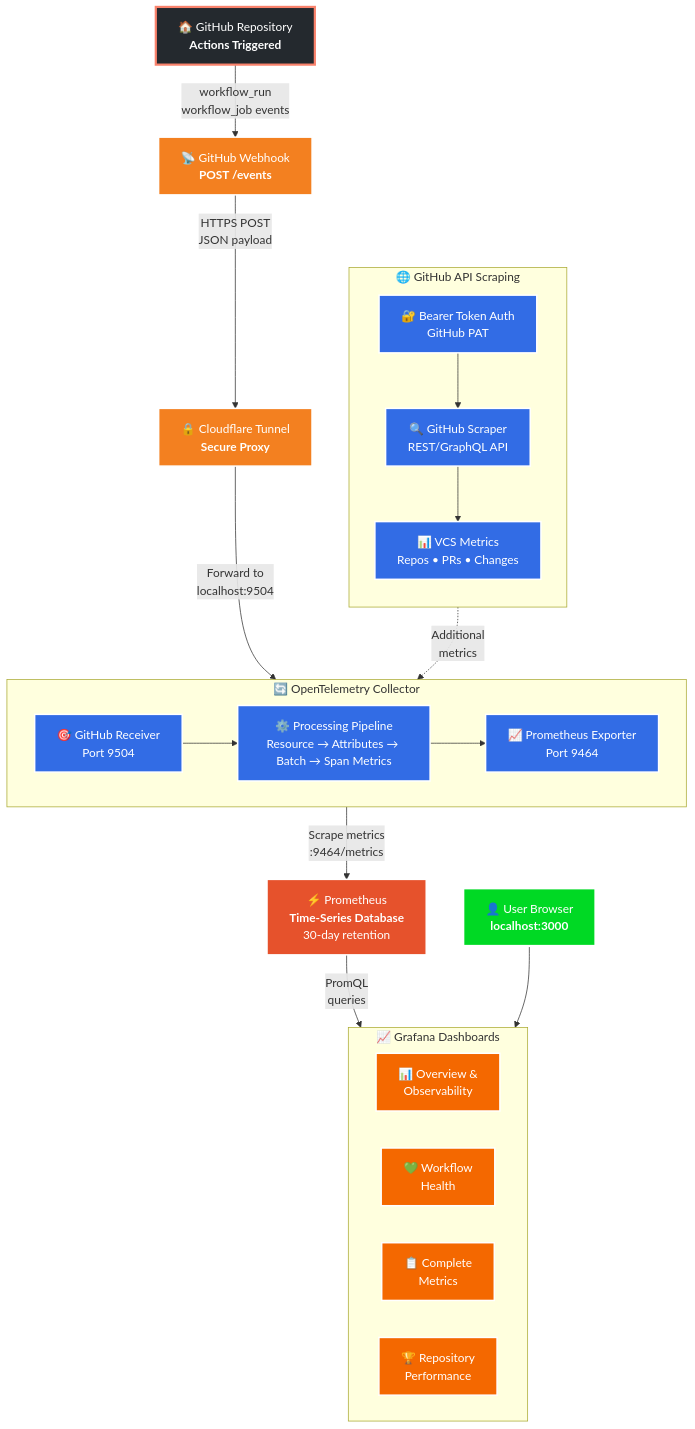
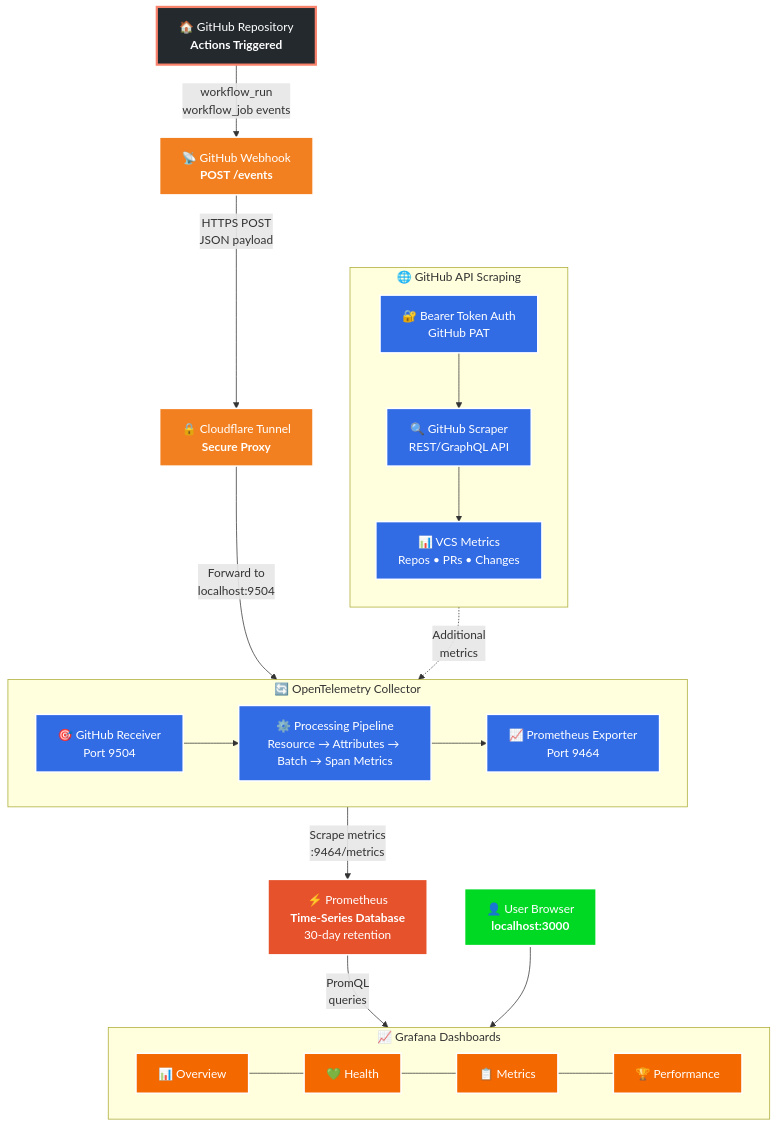
Before and after one commit to vipulgupta2048/github-actions-observability: the first of 2 diagrams in README.md, drawn with Mermaid.

Commit message:
Horizontal mermaid diagram

````diff
--- a/README.md
+++ b/README.md
@@ -17,67 +17,64 @@
 ```mermaid
 flowchart TD
     %% GitHub Source
     GH["🏠 GitHub Repository<br/><b>Actions Triggered</b>"]
     
     %% Webhook Flow
     GH -->|"workflow_run<br/>workflow_job events"| WH["📡 GitHub Webhook<br/><b>POST /events</b>"]
     WH -->|"HTTPS POST<br/>JSON payload"| CF["🔒 Cloudflare Tunnel<br/><b>Secure Proxy</b>"]
     
     %% Collector Entry Point
     CF -->|"Forward to<br/>localhost:9504"| COLLECTOR
     
     %% Main Processing Engine
     subgraph COLLECTOR ["🔄 OpenTelemetry Collector"]
         direction LR
         GHR["🎯 GitHub Receiver<br/>Port 9504"] 
         PIPELINE["⚙️ Processing Pipeline<br/>Resource → Attributes → Batch → Span Metrics"]
         PE["📈 Prometheus Exporter<br/>Port 9464"]
         
         GHR --> PIPELINE --> PE
     end
     
     %% Parallel API Data Source
     subgraph API ["🌐 GitHub API Scraping"]
         direction TB
         AUTH["🔐 Bearer Token Auth<br/>GitHub PAT"]
         SCRAPER["🔍 GitHub Scraper<br/>REST/GraphQL API"]
         VCS["📊 VCS Metrics<br/>Repos • PRs • Changes"]
         
         AUTH --> SCRAPER --> VCS
     end
     
     %% Connect API to Collector
     VCS -.->|"Additional<br/>metrics"| PE
     
     %% Data Storage
     PE -->|"Scrape metrics<br/>:9464/metrics"| PROM["⚡ Prometheus<br/><b>Time-Series Database</b><br/>30-day retention"]
     
     %% Visualization Layer
     PROM -->|"PromQL<br/>queries"| GRAFANA
     
     subgraph GRAFANA ["📈 Grafana Dashboards"]
         direction LR
-        D1["📊 Overview &<br/>Observability"]
-        D2["💚 Workflow<br/>Health"]
-        D3["📋 Complete<br/>Metrics"]
-        D4["🏆 Repository<br/>Performance"]
+        D1["📊 Overview"] --- D2["💚 Health"] --- D3["📋 Metrics"] --- D4["🏆 Performance"]
     end
     
     %% User Access
     USER["👤 User Browser<br/><b>localhost:3000</b>"] --> GRAFANA
     
     %% Enhanced Styling
     classDef source fill:#24292e,stroke:#f9826c,stroke-width:3px,color:#fff
     classDef webhook fill:#f38020,stroke:#fff,stroke-width:2px,color:#fff
     classDef collector fill:#326ce5,stroke:#fff,stroke-width:2px,color:#fff
     classDef storage fill:#e6522c,stroke:#fff,stroke-width:2px,color:#fff
     classDef dashboard fill:#f46800,stroke:#fff,stroke-width:2px,color:#fff
     classDef user fill:#00d924,stroke:#fff,stroke-width:3px,color:#fff
     
     class GH source
     class WH,CF webhook
     class GHR,PIPELINE,PE,AUTH,SCRAPER,VCS collector
     class PROM storage
     class D1,D2,D3,D4 dashboard
     class USER user
 ```
````
